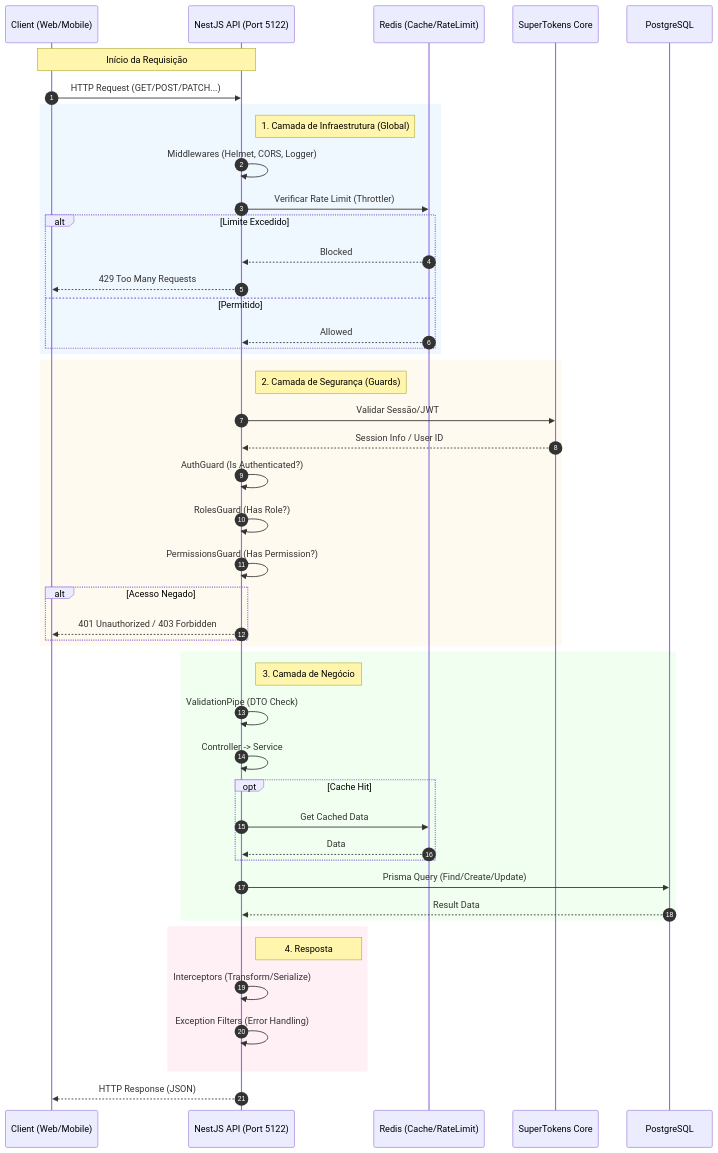
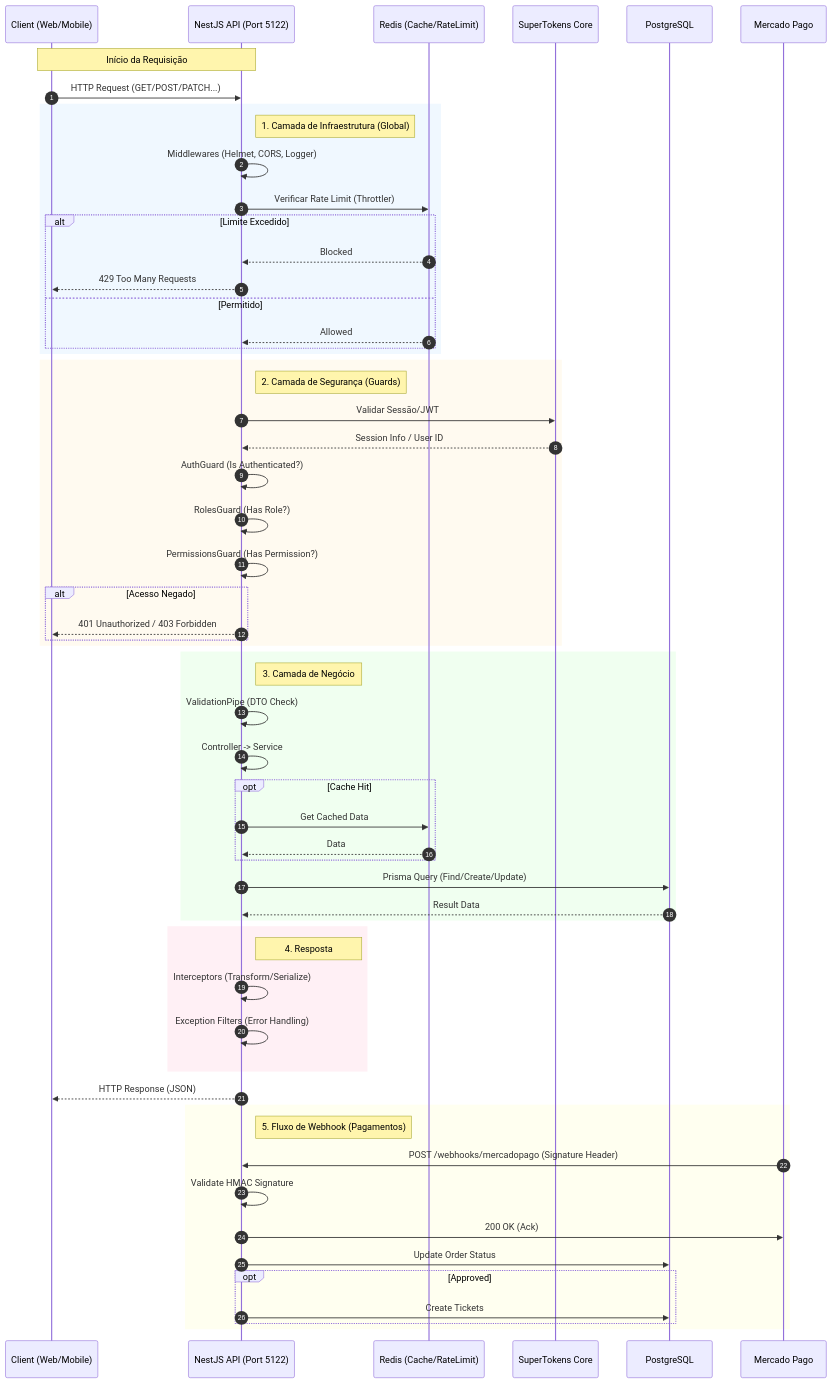
One commit to EventDev-Communities/EventDev-Server changed the diagram in docs/architecture/REQUEST_FLOW.md. Above: the diagram before and after it, drawn with Mermaid. The commit also changed 31 other files, not shown here.

````diff
--- a/docs/architecture/REQUEST_FLOW.md
+++ b/docs/architecture/REQUEST_FLOW.md
@@ -5,62 +5,74 @@
 ```mermaid
 sequenceDiagram
     autonumber
     participant Client as Client (Web/Mobile)
     participant API as NestJS API (Port 5122)
     participant Redis as Redis (Cache/RateLimit)
     participant Auth as SuperTokens Core
     participant DB as PostgreSQL
 
     Note over Client, API: Início da Requisição
 
     Client->>API: HTTP Request (GET/POST/PATCH...)
 
     rect rgb(240, 248, 255)
         Note right of API: 1. Camada de Infraestrutura (Global)
         API->>API: Middlewares (Helmet, CORS, Logger)
 
         API->>Redis: Verificar Rate Limit (Throttler)
         alt Limite Excedido
             Redis-->>API: Blocked
             API-->>Client: 429 Too Many Requests
         else Permitido
             Redis-->>API: Allowed
         end
     end
 
     rect rgb(255, 250, 240)
         Note right of API: 2. Camada de Segurança (Guards)
         API->>Auth: Validar Sessão/JWT
         Auth-->>API: Session Info / User ID
 
         API->>API: AuthGuard (Is Authenticated?)
         API->>API: RolesGuard (Has Role?)
         API->>API: PermissionsGuard (Has Permission?)
 
         alt Acesso Negado
             API-->>Client: 401 Unauthorized / 403 Forbidden
         end
     end
 
     rect rgb(240, 255, 240)
         Note right of API: 3. Camada de Negócio
         API->>API: ValidationPipe (DTO Check)
         API->>API: Controller -> Service
 
         opt Cache Hit
             API->>Redis: Get Cached Data
             Redis-->>API: Data
         end
 
         API->>DB: Prisma Query (Find/Create/Update)
         DB-->>API: Result Data
     end
 
     rect rgb(255, 240, 245)
         Note right of API: 4. Resposta
         API->>API: Interceptors (Transform/Serialize)
         API->>API: Exception Filters (Error Handling)
     end
 
     API-->>Client: HTTP Response (JSON)
+
+    rect rgb(255, 255, 240)
+        Note right of API: 5. Fluxo de Webhook (Pagamentos)
+        participant MP as Mercado Pago
+        MP->>API: POST /webhooks/mercadopago (Signature Header)
+        API->>API: Validate HMAC Signature
+        API->>MP: 200 OK (Ack)
+        API->>DB: Update Order Status
+        opt Approved
+            API->>DB: Create Tickets
+        end
+    end
 ```
````
